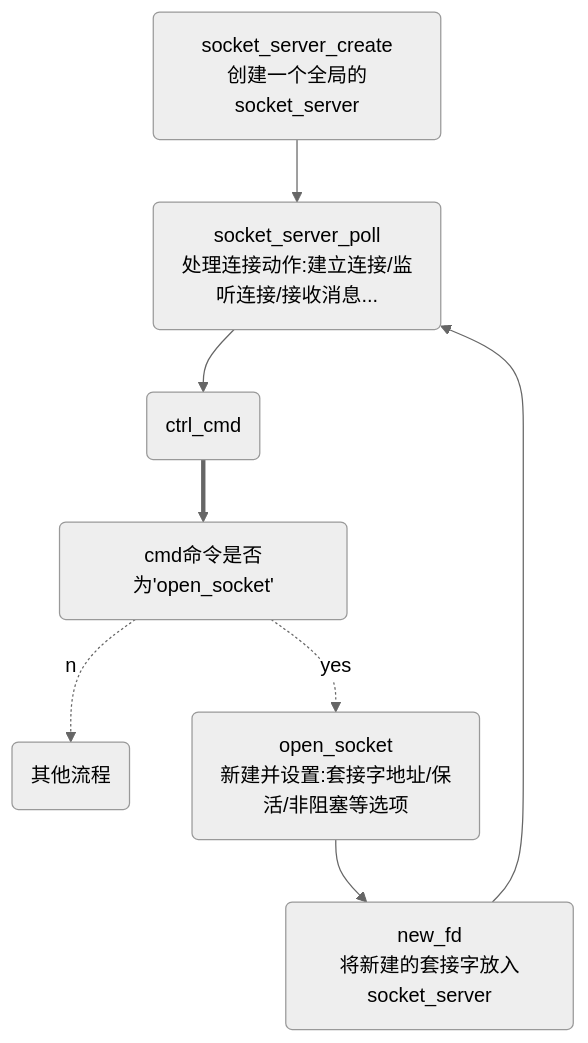
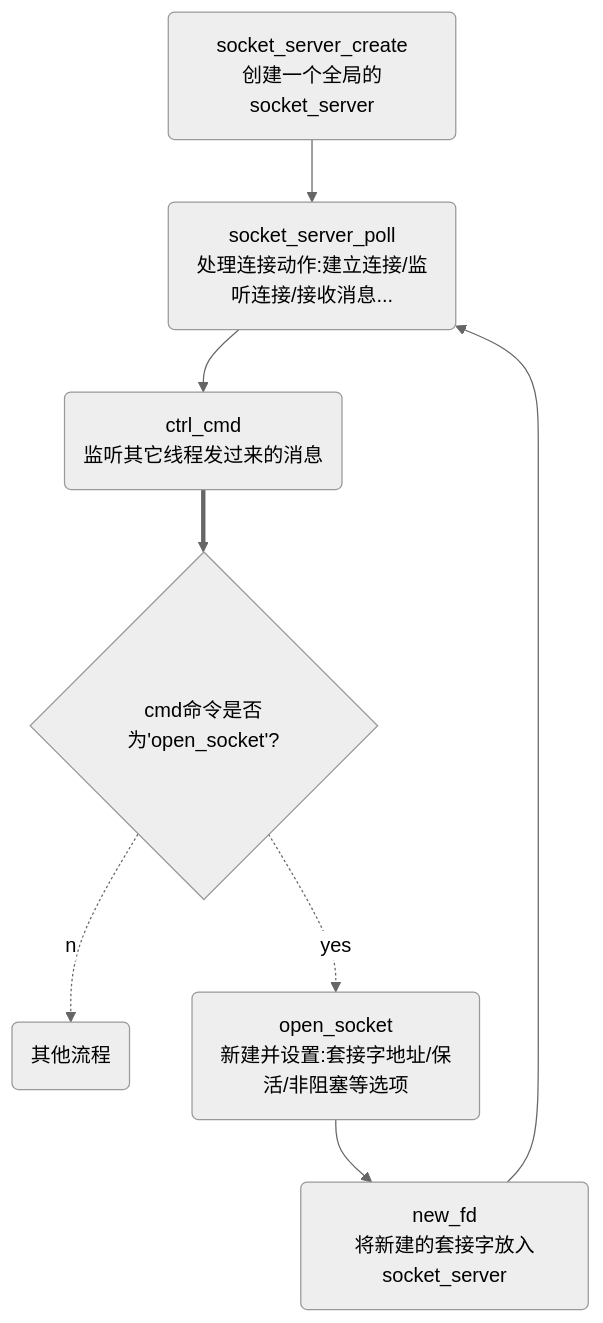
One commit to hanjingo/doc changed the diagram in SRC/SKYNET/net.md. Above: the diagram before and after it, drawn with Mermaid (neutral theme). The commit also changed other lines of this file and 5 other files, not shown here.

````diff
--- a/SRC/SKYNET/net.md
+++ b/SRC/SKYNET/net.md
@@ -64,11 +64,13 @@
 ```mermaid
 graph TD
 socket_server_create(socket_server_create<br>创建一个全局的socket_server)-->
 socket_server_poll(socket_server_poll<br>处理连接动作:建立连接/监听连接/接收消息...)-->
-ctrl_cmd(ctrl_cmd<br>)==>
-is_cmd_open_socket(cmd命令是否为'open_socket')
+ctrl_cmd(ctrl_cmd<br>监听其它线程发过来的消息)
+
+==>is_cmd_open_socket{cmd命令是否为'open_socket'?}
 is_cmd_open_socket -.no.-> other(其他流程)
 is_cmd_open_socket -.yes.-> open_socket(open_socket<br>新建并设置:套接字地址/保活/非阻塞等选项)-->
 new_fd(new_fd<br>将新建的套接字放入socket_server)-->
 socket_server_poll
+
 ```
````
